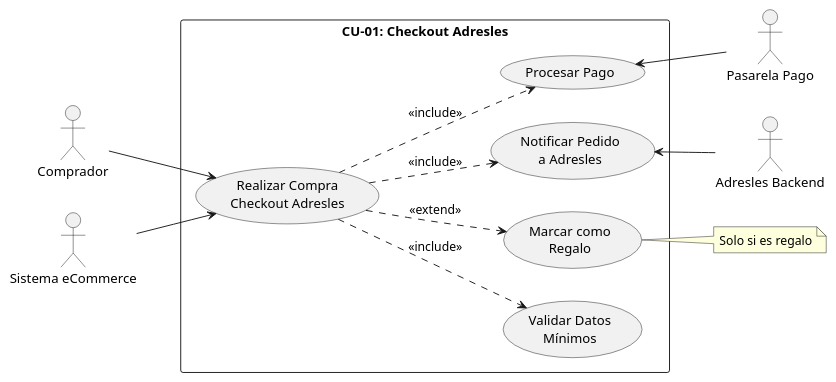
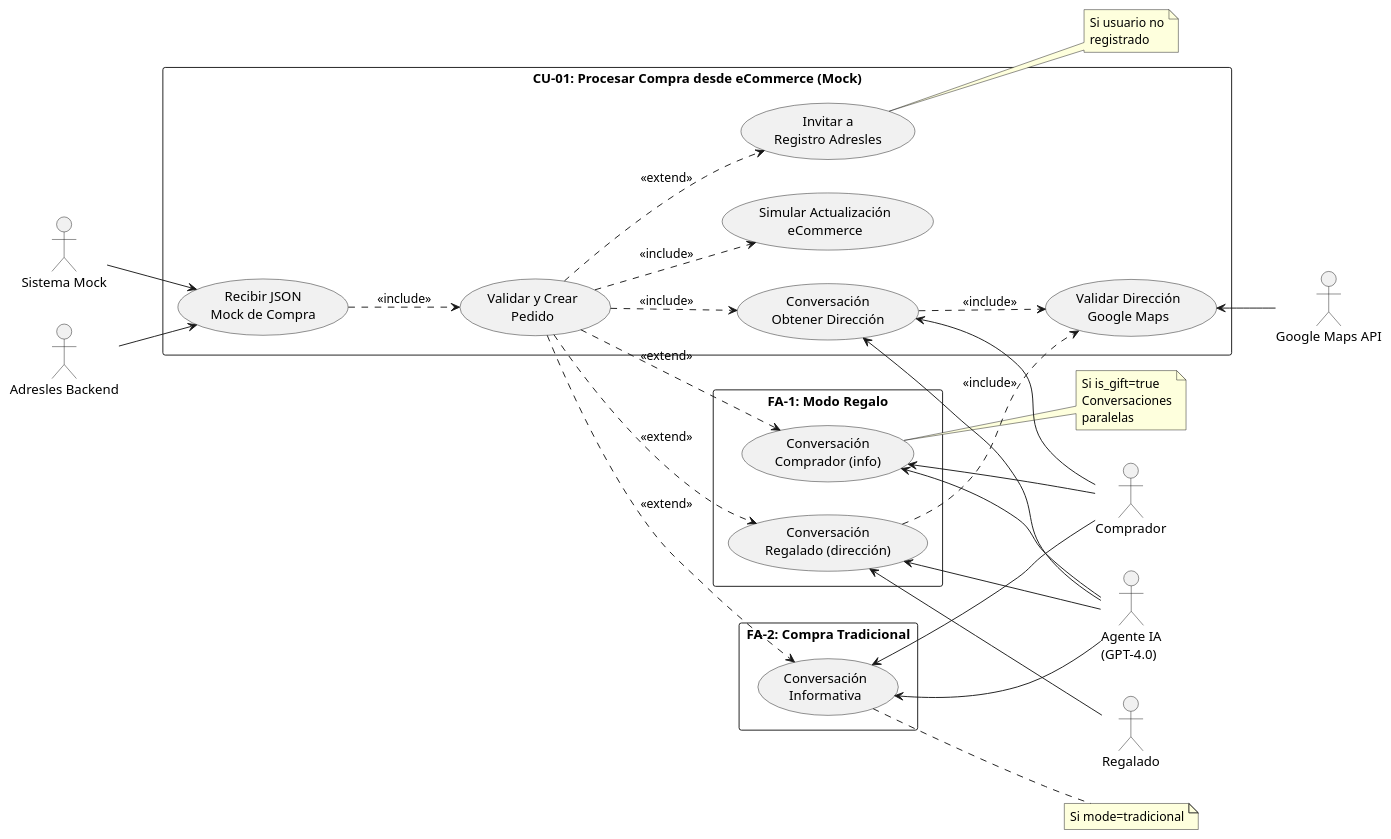
The third of 17 diagrams in Adresles_Business.md (LIDR-academy/AI4Devs-finalproject), drawn with PlantUML before and after one commit. The commit also changed other lines of this file and 5 other files, not shown here.

First line of the commit message:
Redefinición del MVP de Adresles con enfoque mock

````diff
--- a/Adresles_Business.md
+++ b/Adresles_Business.md
@@ -307,30 +376,58 @@
 ```plantuml
-@startuml CU-01 Checkout Adresles
+@startuml CU-01 Procesar Compra Mock
 left to right direction
 skinparam packageStyle rectangle
 
 actor "Comprador" as comprador
-actor "Sistema eCommerce" as ecommerce
-actor "Pasarela Pago" as pasarela
+actor "Regalado" as regalado
+actor "Sistema Mock" as mock
+actor "Agente IA\n(GPT-4.0)" as agente
+actor "Google Maps API" as gmaps
 actor "Adresles Backend" as adresles
 
-rectangle "CU-01: Checkout Adresles" {
-    usecase "Realizar Compra\nCheckout Adresles" as UC1
-    usecase "Validar Datos\nMínimos" as UC2
-    usecase "Procesar Pago" as UC3
-    usecase "Notificar Pedido\na Adresles" as UC4
-    usecase "Marcar como\nRegalo" as UC5
+rectangle "CU-01: Procesar Compra desde eCommerce (Mock)" {
+    usecase "Recibir JSON\nMock de Compra" as UC1
+    usecase "Validar y Crear\nPedido" as UC2
+    usecase "Conversación\nObtener Dirección" as UC3
+    usecase "Validar Dirección\nGoogle Maps" as UC4
+    usecase "Simular Actualización\neCommerce" as UC5
+    usecase "Invitar a\nRegistro Adresles" as UC6
 }
 
-comprador --> UC1
-ecommerce --> UC1
+rectangle "FA-1: Modo Regalo" {
+    usecase "Conversación\nComprador (info)" as UC7
+    usecase "Conversación\nRegalado (dirección)" as UC8
+}
+
+rectangle "FA-2: Compra Tradicional" {
+    usecase "Conversación\nInformativa" as UC9
+}
+
+mock --> UC1
+adresles --> UC1
 UC1 ..> UC2 : <<include>>
-UC1 ..> UC3 : <<include>>
-UC3 <-- pasarela
-UC1 ..> UC4 : <<include>>
-UC4 <-- adresles
-UC1 ..> UC5 : <<extend>>
+UC2 ..> UC3 : <<include>>
+UC3 <-- comprador
+UC3 <-- agente
+UC3 ..> UC4 : <<include>>
+UC4 <-- gmaps
+UC2 ..> UC5 : <<include>>
+UC2 ..> UC6 : <<extend>>
 
-note right of UC5 : Solo si es regalo
+UC2 ..> UC7 : <<extend>>
+UC2 ..> UC8 : <<extend>>
+UC7 <-- comprador
+UC7 <-- agente
+UC8 <-- regalado
+UC8 <-- agente
+UC8 ..> UC4 : <<include>>
+
+UC2 ..> UC9 : <<extend>>
+UC9 <-- comprador
+UC9 <-- agente
+
+note right of UC7 : Si is_gift=true\nConversaciones\nparalelas
+note right of UC9 : Si mode=tradicional
+note right of UC6 : Si usuario no\nregistrado
 @enduml
 ```
````
